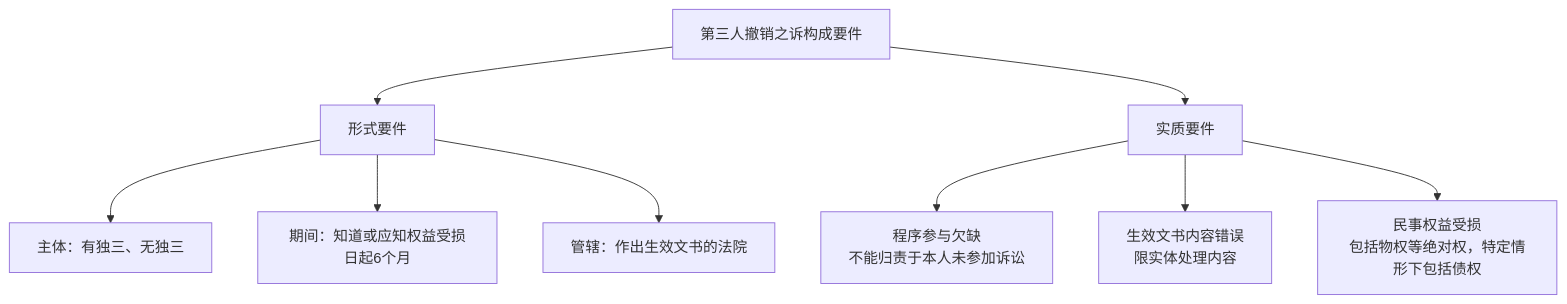
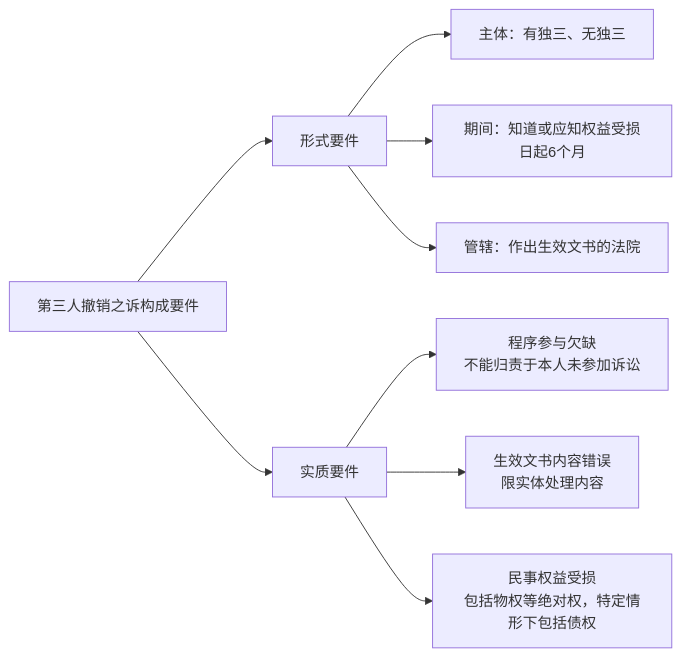
Before and after one commit to chilly-chilli/ChillyChilli: the second of 5 diagrams in content/法学/民商法/民事诉讼法/XV 第三人撤销之诉.md, drawn with Mermaid. The commit also changed other lines of this file and 11 other files, not shown here.

````diff
--- a/content/法学/民商法/民事诉讼法/XV 第三人撤销之诉.md
+++ b/content/法学/民商法/民事诉讼法/XV 第三人撤销之诉.md
@@ -47,13 +74,13 @@
 ```mermaid
-flowchart TB
+flowchart LR
     A["第三人撤销之诉构成要件"] --> B["形式要件"]
     A --> C["实质要件"]
 
     B --> B1["主体：有独三、无独三"]
     B --> B2["期间：知道或应知权益受损日起6个月"]
     B --> B3["管辖：作出生效文书的法院"]
 
     C --> C1["程序参与欠缺<br>不能归责于本人未参加诉讼"]
     C --> C2["生效文书内容错误<br>限实体处理内容"]
     C --> C3["民事权益受损<br>包括物权等绝对权，特定情形下包括债权"]
 ```
````
